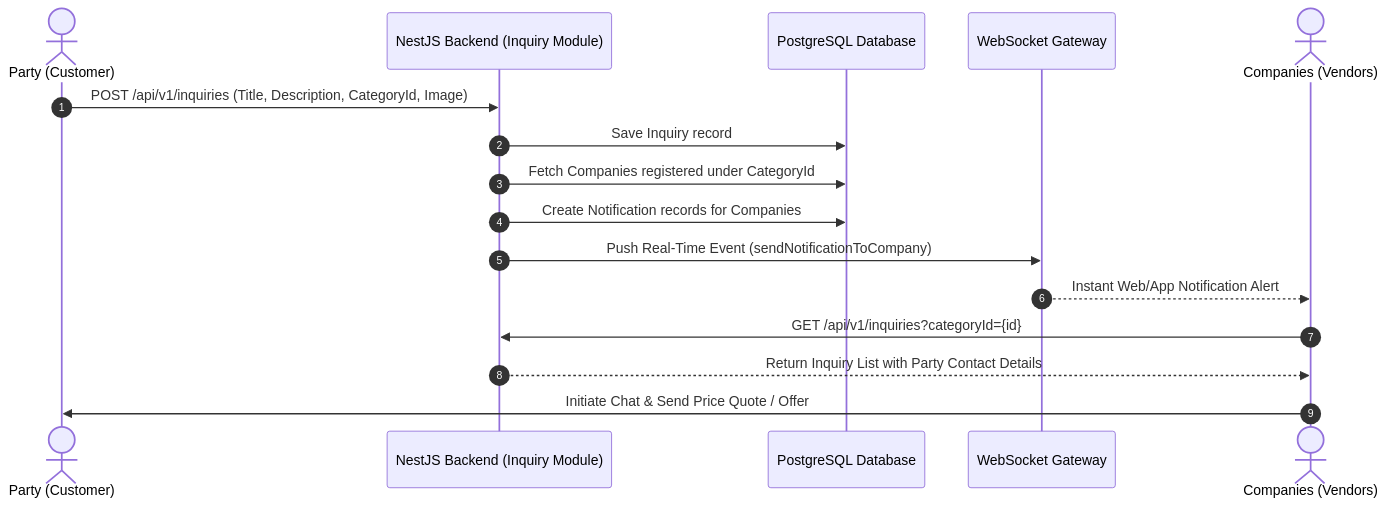
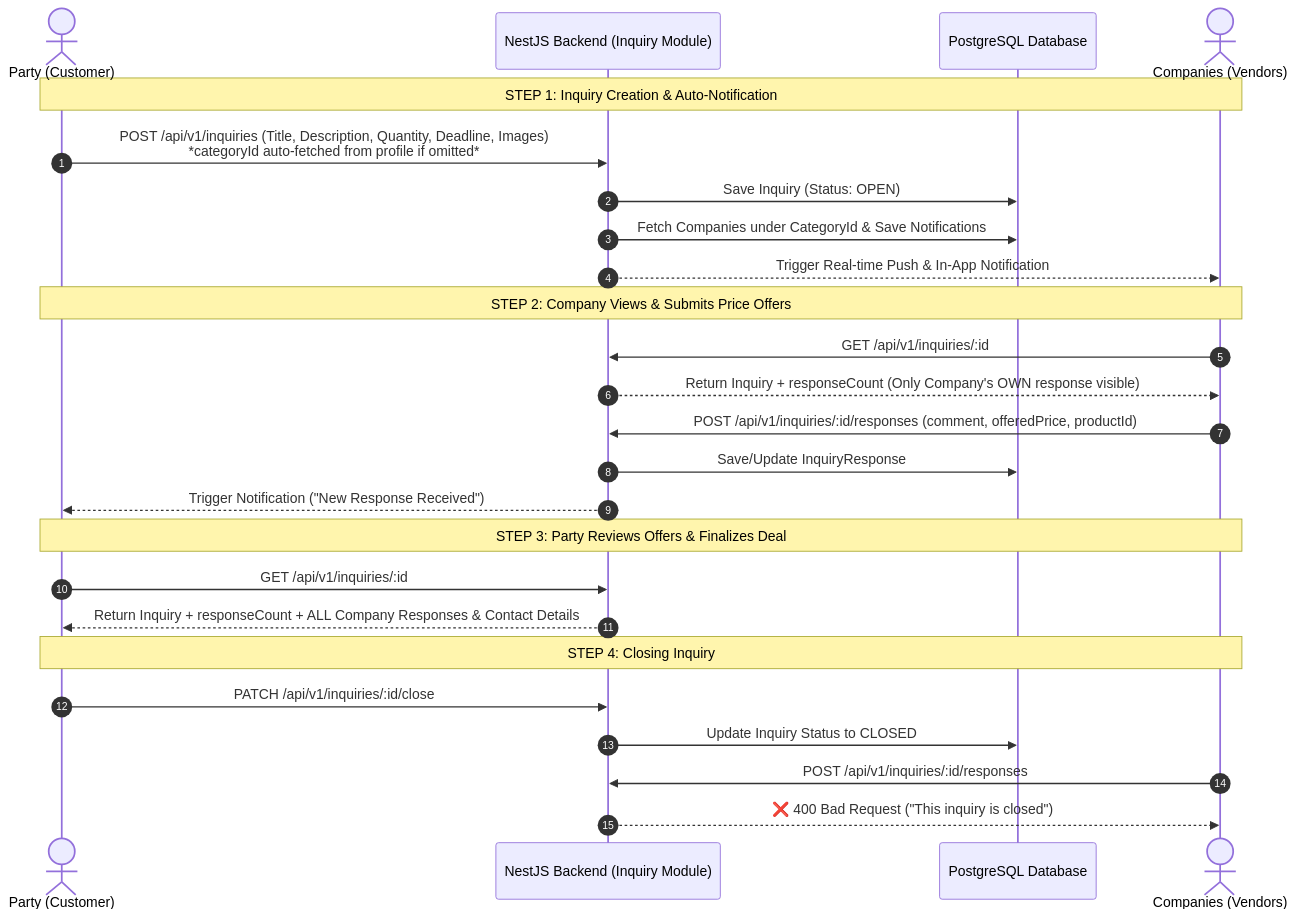
One commit to SouravChowdhuryRimel/dor-backend changed the diagram in INQUIRY_FLOW.md. Above: the diagram before and after it, drawn with Mermaid. The commit also changed other lines of this file and 3 other files, not shown here.

Commit message:
feat: allow super admins to filter inquiries by company and add documentation for Flutter integration

````diff
--- a/INQUIRY_FLOW.md
+++ b/INQUIRY_FLOW.md
@@ -9,19 +9,31 @@
 ```mermaid
 sequenceDiagram
     autonumber
     actor Party as Party (Customer)
     participant API as NestJS Backend (Inquiry Module)
     participant DB as PostgreSQL Database
-    participant WS as WebSocket Gateway
     actor Company as Companies (Vendors)
 
-    Party->>API: POST /api/v1/inquiries (Title, Description, CategoryId, Image)
-    API->>DB: Save Inquiry record
-    API->>DB: Fetch Companies registered under CategoryId
-    API->>DB: Create Notification records for Companies
-    API->>WS: Push Real-Time Event (sendNotificationToCompany)
-    WS-->>Company: Instant Web/App Notification Alert
-    Company->>API: GET /api/v1/inquiries?categoryId={id}
-    API-->>Company: Return Inquiry List with Party Contact Details
-    Company->>Party: Initiate Chat & Send Price Quote / Offer
+    Note over Party,Company: STEP 1: Inquiry Creation & Auto-Notification
+    Party->>API: POST /api/v1/inquiries (Title, Description, Quantity, Deadline, Images)<br/>*categoryId auto-fetched from profile if omitted*
+    API->>DB: Save Inquiry (Status: OPEN)
+    API->>DB: Fetch Companies under CategoryId & Save Notifications
+    API-->>Company: Trigger Real-time Push & In-App Notification
+
+    Note over Party,Company: STEP 2: Company Views & Submits Price Offers
+    Company->>API: GET /api/v1/inquiries/:id
+    API-->>Company: Return Inquiry + responseCount (Only Company's OWN response visible)
+    Company->>API: POST /api/v1/inquiries/:id/responses (comment, offeredPrice, productId)
+    API->>DB: Save/Update InquiryResponse
+    API-->>Party: Trigger Notification ("New Response Received")
+
+    Note over Party,Company: STEP 3: Party Reviews Offers & Finalizes Deal
+    Party->>API: GET /api/v1/inquiries/:id
+    API-->>Party: Return Inquiry + responseCount + ALL Company Responses & Contact Details
+
+    Note over Party,Company: STEP 4: Closing Inquiry
+    Party->>API: PATCH /api/v1/inquiries/:id/close
+    API->>DB: Update Inquiry Status to CLOSED
+    Company->>API: POST /api/v1/inquiries/:id/responses
+    API-->>Company: ❌ 400 Bad Request ("This inquiry is closed")
 ```
````
